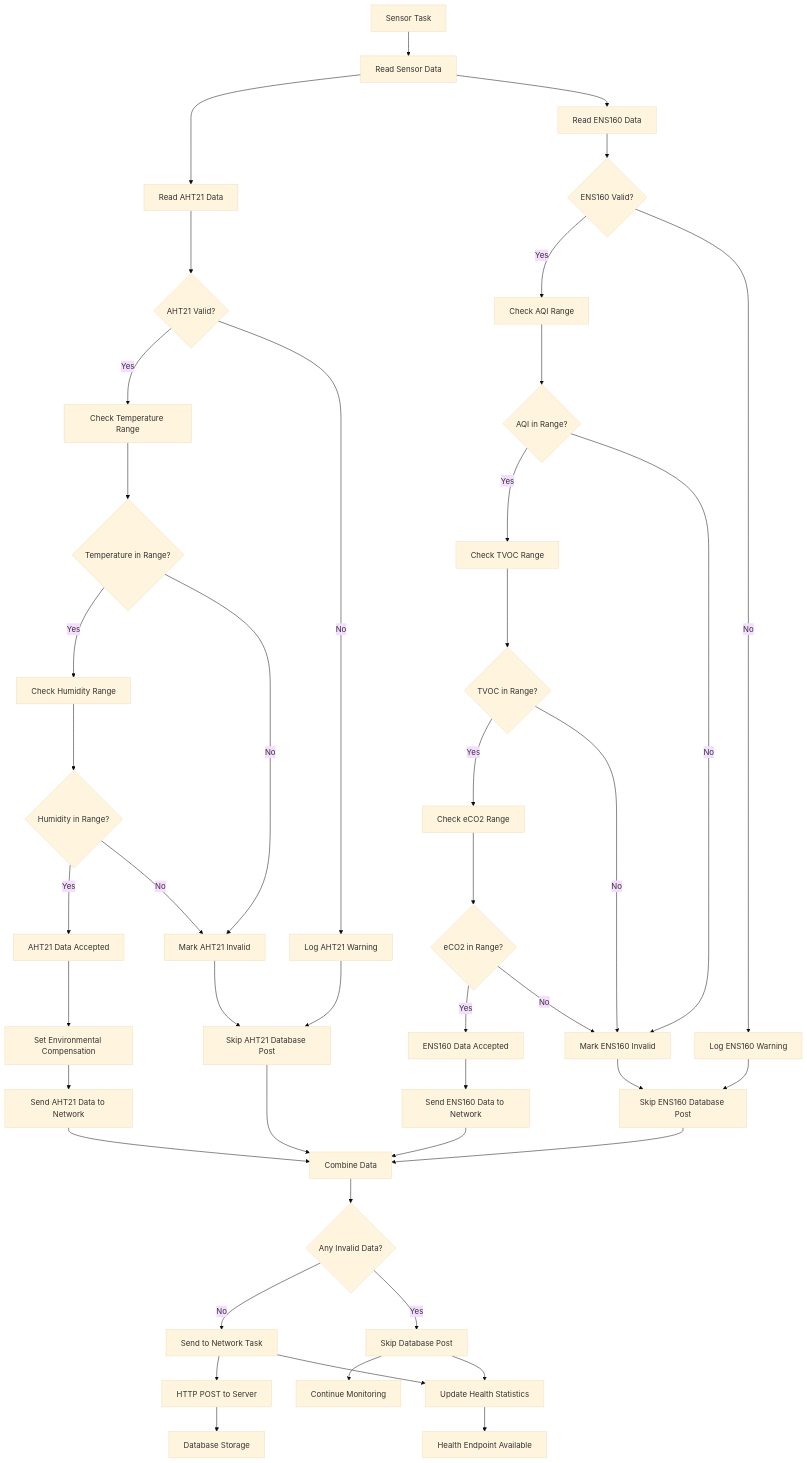
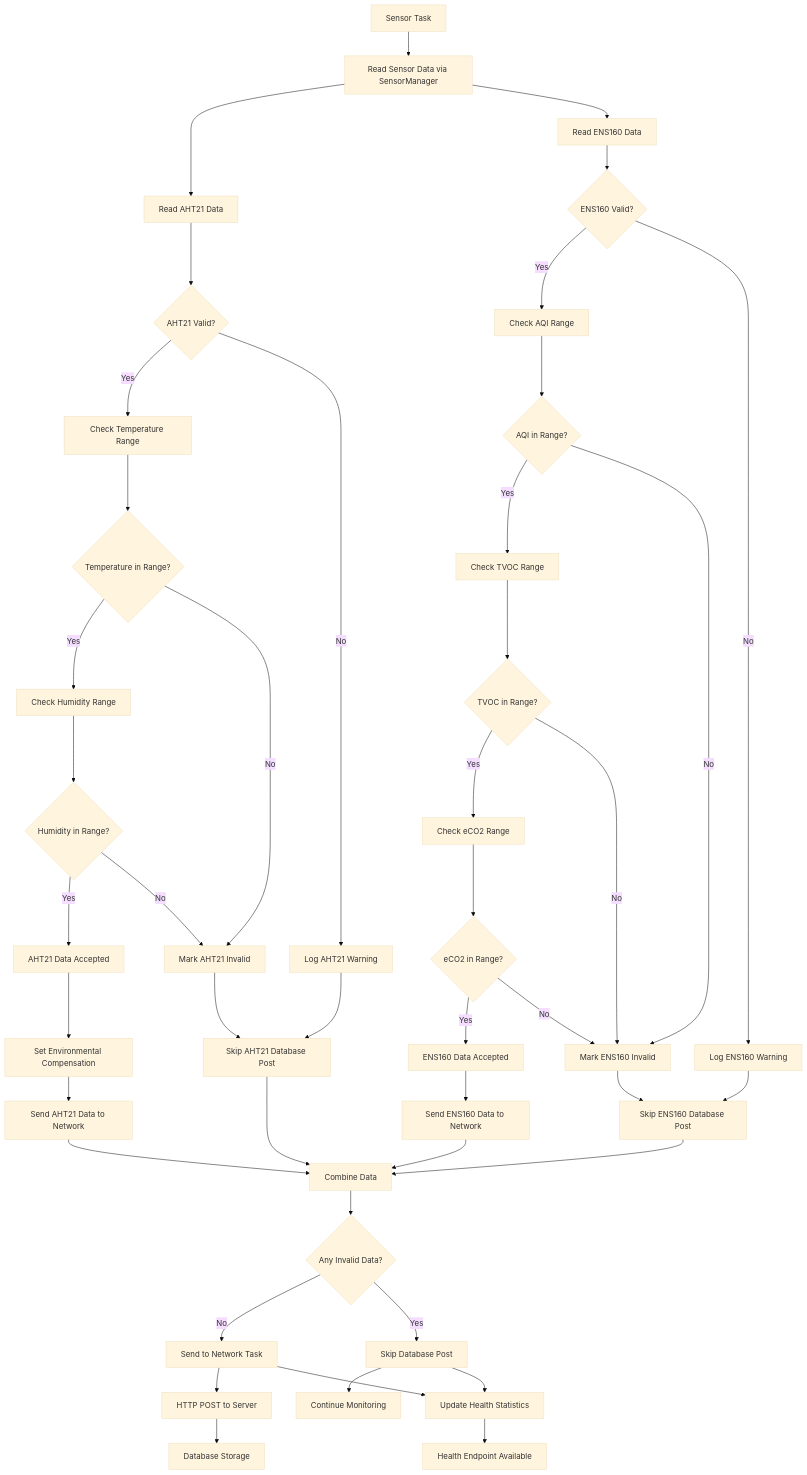
The fifth of 5 diagrams in README.md (TimWeber/ESP32-Environmental-Monitor), drawn with Mermaid (base theme) before and after one commit. The commit also changed other lines of this file, not shown here.

````diff
--- a/README.md
+++ b/README.md
@@ -243,64 +261,64 @@
 ```mermaid
 flowchart TD
-    SENSOR_TASK[Sensor Task] --> START[Read Sensor Data]
+    SENSOR_TASK[Sensor Task] --> START[Read Sensor Data via SensorManager]
     
     %% AHT21 Flow (Left Side)
     START --> A1[Read AHT21 Data]
     A1 --> B1{AHT21 Valid?}
     B1 -->|Yes| C1[Check Temperature Range]
     B1 -->|No| D1[Log AHT21 Warning]
     
     C1 --> E1{Temperature in Range?}
     E1 -->|Yes| F1[Check Humidity Range]
     E1 -->|No| G1[Mark AHT21 Invalid]
     
     F1 --> H1{Humidity in Range?}
     H1 -->|Yes| I1[AHT21 Data Accepted]
     H1 -->|No| G1
     
     I1 --> J1[Set Environmental Compensation]
     J1 --> K1[Send AHT21 Data to Network]
     G1 --> L1[Skip AHT21 Database Post]
     D1 --> L1
     
     %% ENS160 Flow (Right Side)
     START --> A2[Read ENS160 Data]
     A2 --> B2{ENS160 Valid?}
     B2 -->|Yes| C2[Check AQI Range]
     B2 -->|No| D2[Log ENS160 Warning]
     
     C2 --> E2{AQI in Range?}
     E2 -->|Yes| F2[Check TVOC Range]
     E2 -->|No| G2[Mark ENS160 Invalid]
     
     F2 --> H2{TVOC in Range?}
     H2 -->|Yes| I2[Check eCO2 Range]
     H2 -->|No| G2
     
     I2 --> J2{eCO2 in Range?}
     J2 -->|Yes| K2[ENS160 Data Accepted]
     J2 -->|No| G2
     
     K2 --> L2[Send ENS160 Data to Network]
     G2 --> M2[Skip ENS160 Database Post]
     D2 --> M2
     
     %% Combined Results
     K1 --> COMBINE[Combine Data]
     L2 --> COMBINE
     L1 --> COMBINE
     M2 --> COMBINE
     
     COMBINE --> VALIDATE{Any Invalid Data?}
     VALIDATE -->|No| SEND[Send to Network Task]
     VALIDATE -->|Yes| SKIP[Skip Database Post]
     
     SEND --> HTTP[HTTP POST to Server]
     HTTP --> DB[Database Storage]
     SKIP --> MONITOR[Continue Monitoring]
     
     %% Health Monitoring
     SEND --> HEALTH_UPDATE[Update Health Statistics]
     SKIP --> HEALTH_UPDATE
     HEALTH_UPDATE --> HEALTH_ENDPOINT[Health Endpoint Available]
 ```
````
